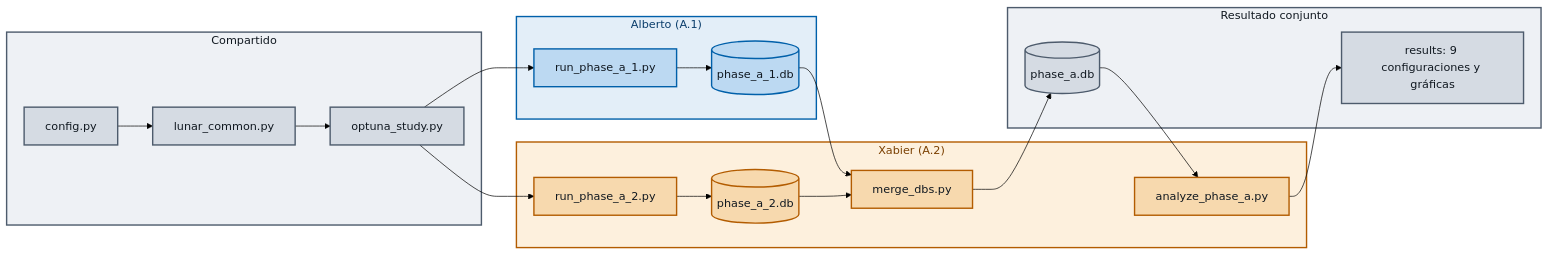
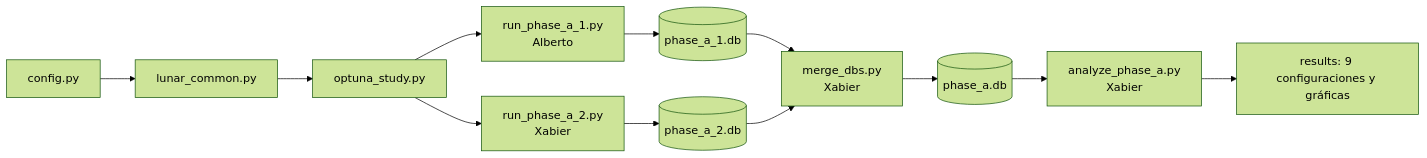
Before and after one commit to xabierabadperez/RL-Actividad_01: the diagram in ESTADO_EQUIPO.md, drawn with Mermaid (forest theme).

````diff
--- a/ESTADO_EQUIPO.md
+++ b/ESTADO_EQUIPO.md
@@ -80,39 +80,13 @@
 ```mermaid
 flowchart LR
-    subgraph COMP1[" Compartido "]
-        C[config.py] --> L[lunar_common.py] --> O[optuna_study.py]
-    end
-
-    subgraph ALB[" Alberto (A.1) "]
-        R1[run_phase_a_1.py] --> D1[(phase_a_1.db)]
-    end
-
-    subgraph XAB[" Xabier (A.2) "]
-        R2[run_phase_a_2.py] --> D2[(phase_a_2.db)]
-        M[merge_dbs.py]
-        A[analyze_phase_a.py]
-    end
-
-    subgraph COMP2[" Resultado conjunto "]
-        D[(phase_a.db)]
-        Z[results: 9 configuraciones y gráficas]
-    end
-
-    O --> R1
-    O --> R2
-    D1 --> M
+    C[config.py] --> L[lunar_common.py] --> O[optuna_study.py]
+    O --> R1[run_phase_a_1.py<br/>Alberto]
+    O --> R2[run_phase_a_2.py<br/>Xabier]
+    R1 --> D1[(phase_a_1.db)]
+    R2 --> D2[(phase_a_2.db)]
+    D1 --> M[merge_dbs.py<br/>Xabier]
     D2 --> M
-    M --> D --> A --> Z
-
-    classDef compartido fill:#d5dbe3,stroke:#4d5b6c,stroke-width:2px,color:#101820
-    classDef alberto fill:#bcd9f2,stroke:#0060aa,stroke-width:2px,color:#101820
-    classDef xabier fill:#f7d9ae,stroke:#b35c00,stroke-width:2px,color:#101820
-    class C,L,O,D,Z compartido
-    class R1,D1 alberto
-    class R2,D2,M,A xabier
-
-    style COMP1 fill:#eef1f5,stroke:#4d5b6c,stroke-width:2px,color:#101820
-    style ALB fill:#e3eef8,stroke:#0060aa,stroke-width:2px,color:#0a3d6b
-    style XAB fill:#fdf0dd,stroke:#b35c00,stroke-width:2px,color:#7a3f00
-    style COMP2 fill:#eef1f5,stroke:#4d5b6c,stroke-width:2px,color:#101820
+    M --> D[(phase_a.db)]
+    D --> A[analyze_phase_a.py<br/>Xabier]
+    A --> Z[results: 9 configuraciones y gráficas]
 ```
````
